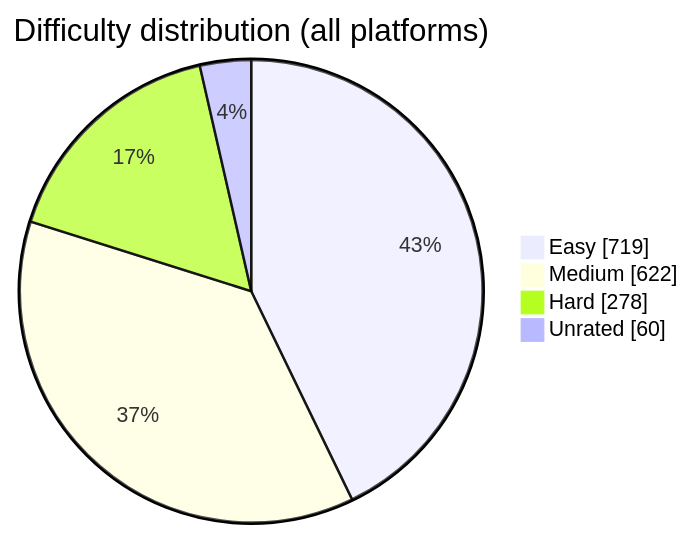
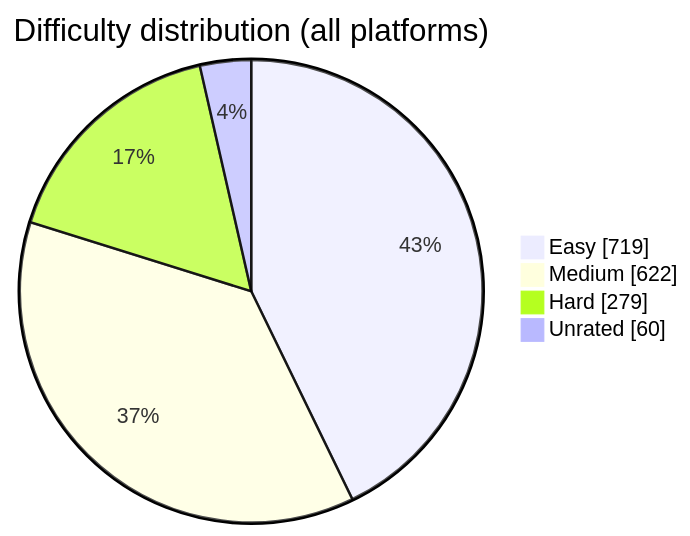
The diagram in README.md (BuildbyArindam/Daily-Coding-Log), drawn with Mermaid before and after one commit. The commit also changed other lines of this file, not shown here.

````diff
--- a/README.md
+++ b/README.md
@@ -93,7 +93,7 @@
 ```mermaid
 pie showData title Difficulty distribution (all platforms)
     "Easy" : 719
     "Medium" : 622
-    "Hard" : 278
+    "Hard" : 279
     "Unrated" : 60
 ```
````
